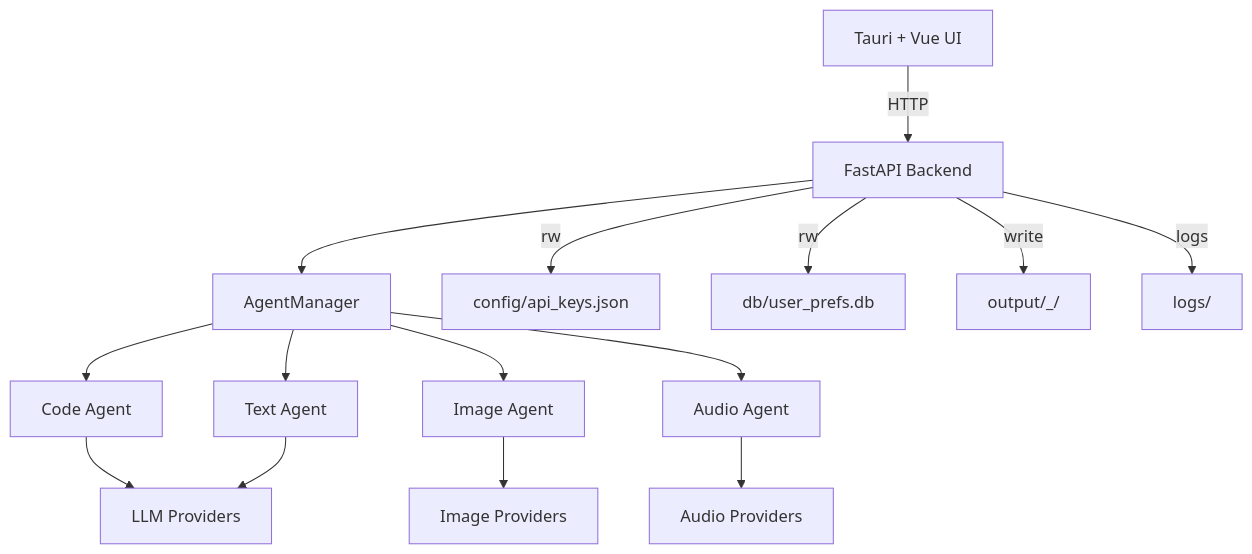
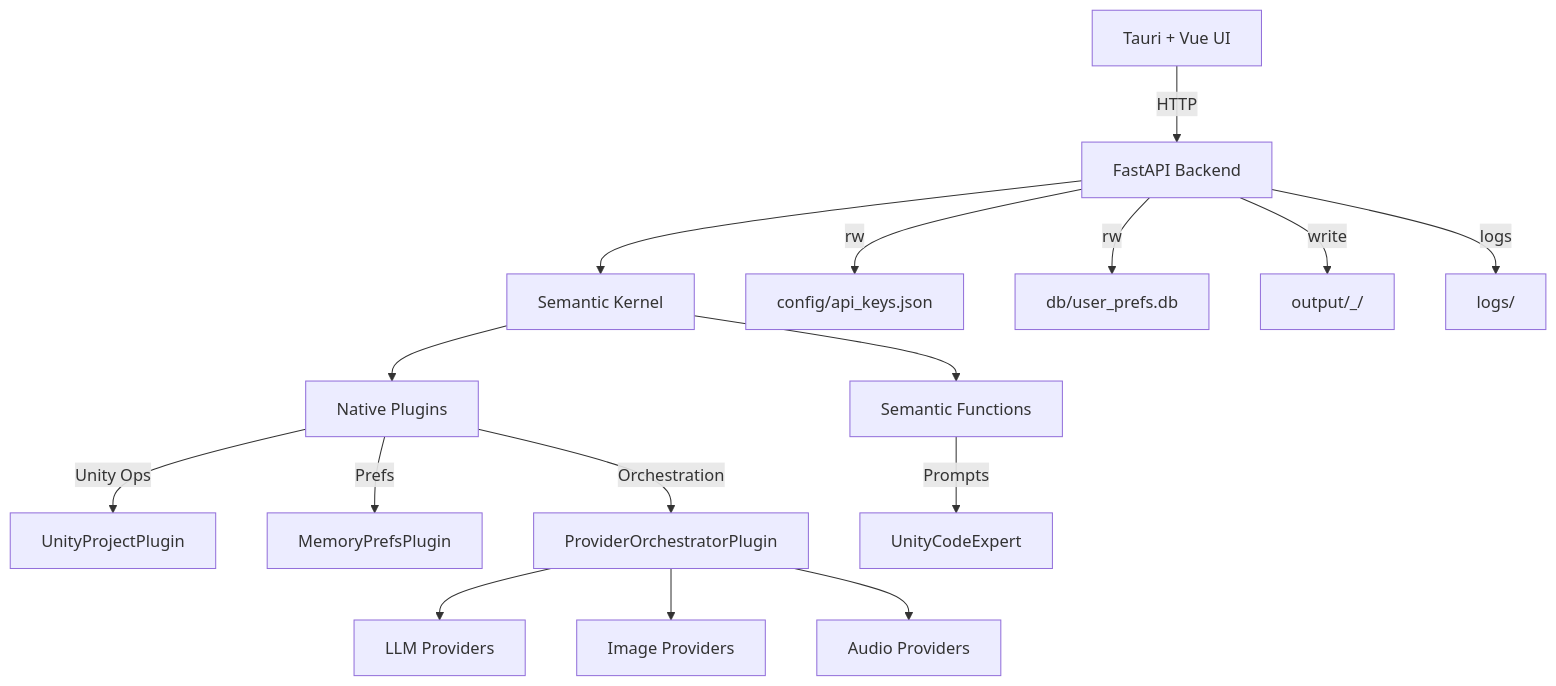
The diagram in docs/ARCHITECTURE.md (Ozymandros/Unity-Generator), drawn with Mermaid before and after one commit. The commit also changed other lines of this file and 185 other files, not shown here.

````diff
--- a/docs/ARCHITECTURE.md
+++ b/docs/ARCHITECTURE.md
@@ -7,19 +7,22 @@
 ```mermaid
 flowchart TD
   UI[Tauri + Vue UI] -->|HTTP| API[FastAPI Backend]
-  API --> AM[AgentManager]
-  AM --> CA[Code Agent]
-  AM --> TA[Text Agent]
-  AM --> IA[Image Agent]
-  AM --> AA[Audio Agent]
-
-  CA --> LLM[LLM Providers]
-  TA --> LLM
-  IA --> IMG[Image Providers]
-  AA --> AUD[Audio Providers]
+  API --> SK[Semantic Kernel]
+  SK --> NP[Native Plugins]
+  SK --> SF[Semantic Functions]
+  
+  NP -->|Unity Ops| UPP[UnityProjectPlugin]
+  NP -->|Prefs| MPP[MemoryPrefsPlugin]
+  NP -->|Orchestration| POP[ProviderOrchestratorPlugin]
+  
+  SF -->|Prompts| UCE[UnityCodeExpert]
+  
+  POP --> LLM[LLM Providers]
+  POP --> IMG[Image Providers]
+  POP --> AUD[Audio Providers]
 
   API -->|rw| KEYS[config/api_keys.json]
   API -->|rw| PREFS[db/user_prefs.db]
   API -->|write| OUT[output/<Project>_<timestamp>/]
   API -->|logs| LOGS[logs/]
 ```
````
